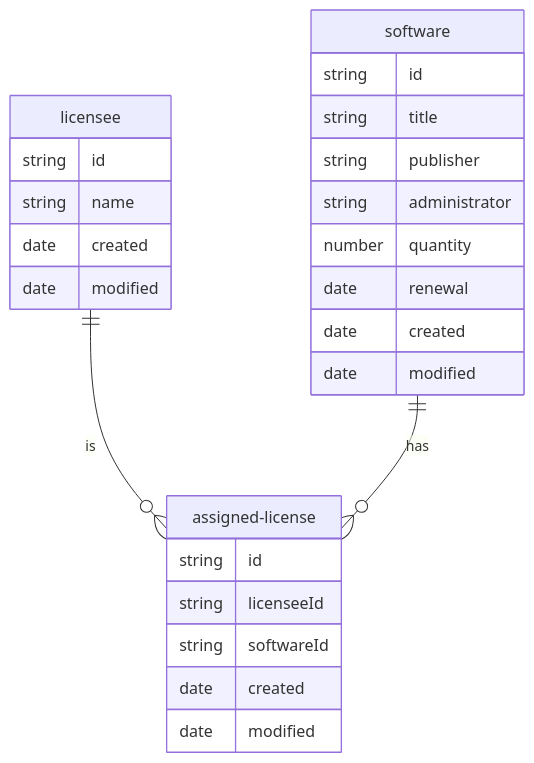
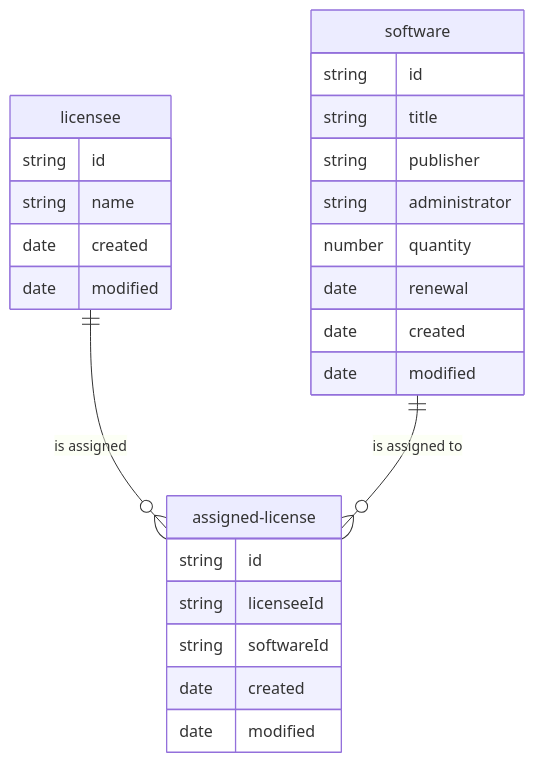
One commit to bcgov/citz-imb-slam-api changed the diagram in technical.md. Above: the diagram before and after it, drawn with Mermaid.

Commit message:
update technical

````diff
--- a/technical.md
+++ b/technical.md
@@ -7,29 +7,29 @@
 ```mermaid
 erDiagram
-    licensee ||--o{ assigned-license: is
-    software ||--o{ assigned-license: has
+    licensee ||--o{ assigned-license: "is assigned"
+    software ||--o{ assigned-license: "is assigned to"
     licensee {
         string id
         string name
         date created
         date modified
     }
     software {
         string id
         string title
         string publisher
         string administrator
         number quantity
         date renewal
         date created
         date modified
     }
     assigned-license {
         string id
         string licenseeId
         string softwareId
         date created
         date modified
     }
 
 ```
````
